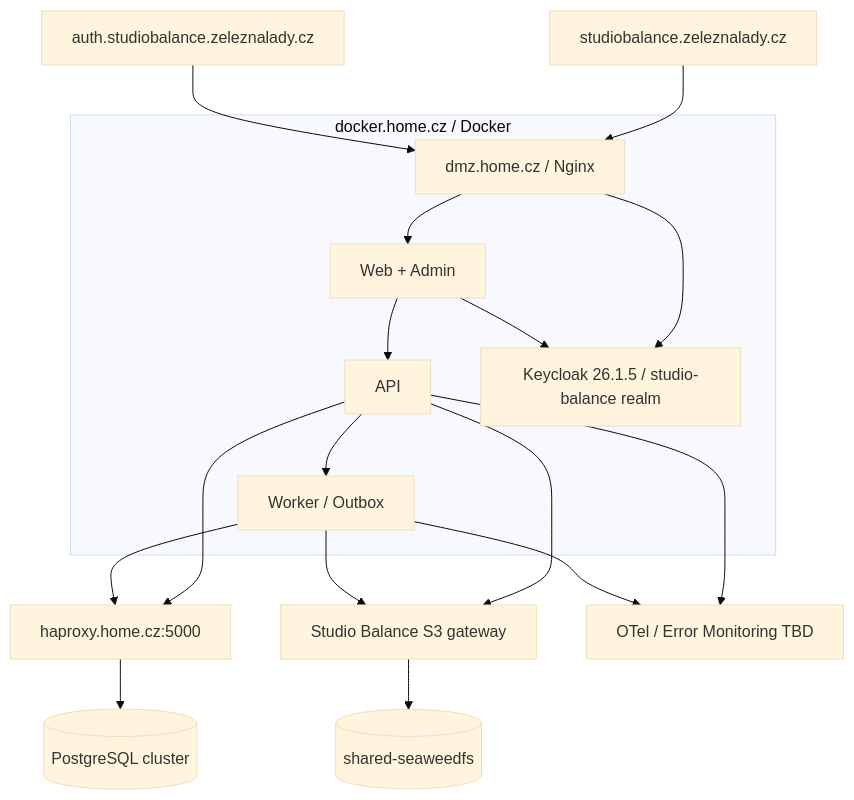
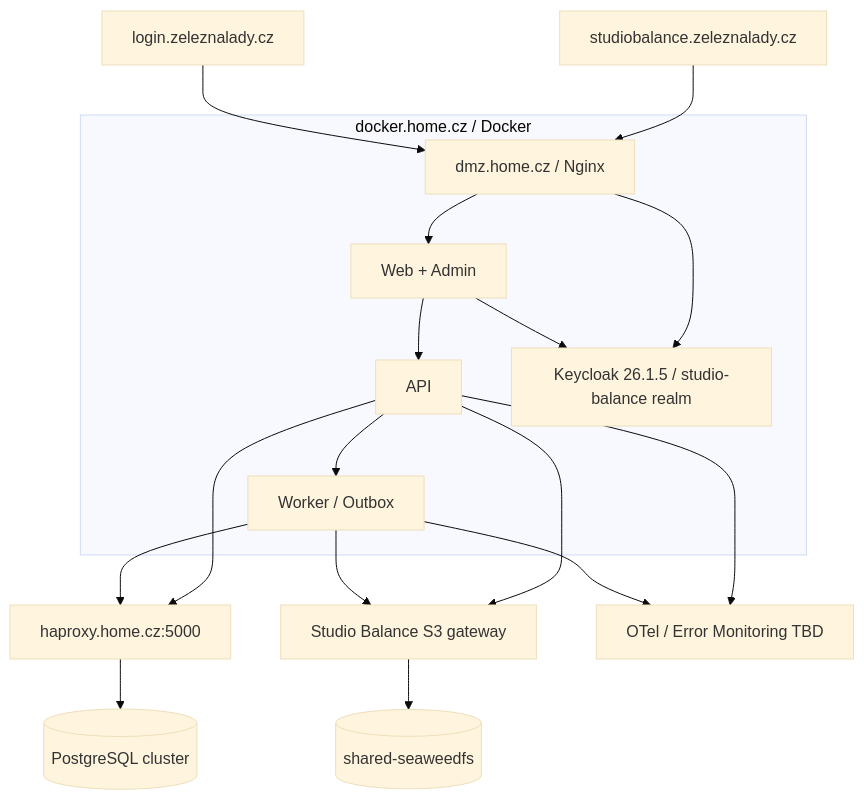
Before and after one commit to voldzi/Studio-Balance: the sixth of 6 diagrams in docs/architecture.md, drawn with Mermaid (base theme). The commit also changed other lines of this file and 7 other files, not shown here.

````diff
--- a/docs/architecture.md
+++ b/docs/architecture.md
@@ -239,20 +239,20 @@
 ```mermaid
 flowchart TB
   internet["studiobalance.zeleznalady.cz"] --> dmz["dmz.home.cz / Nginx"]
-  authinternet["auth.studiobalance.zeleznalady.cz"] --> dmz
+  authinternet["login.zeleznalady.cz"] --> dmz
   subgraph dockerhost["docker.home.cz / Docker"]
     dmz --> webdeploy[Web + Admin]
     webdeploy --> apideploy[API]
     apideploy --> workerdeploy[Worker / Outbox]
     dmz --> keycloak["Keycloak 26.1.5 / studio-balance realm"]
     webdeploy --> keycloak
   end
   apideploy --> dbproxy["haproxy.home.cz:5000"]
   workerdeploy --> dbproxy
   dbproxy --> proddb[(PostgreSQL cluster)]
   apideploy --> s3gateway["Studio Balance S3 gateway"]
   workerdeploy --> s3gateway
   s3gateway --> seaweed[(shared-seaweedfs)]
   apideploy --> otel[OTel / Error Monitoring TBD]
   workerdeploy --> otel
 ```
````
